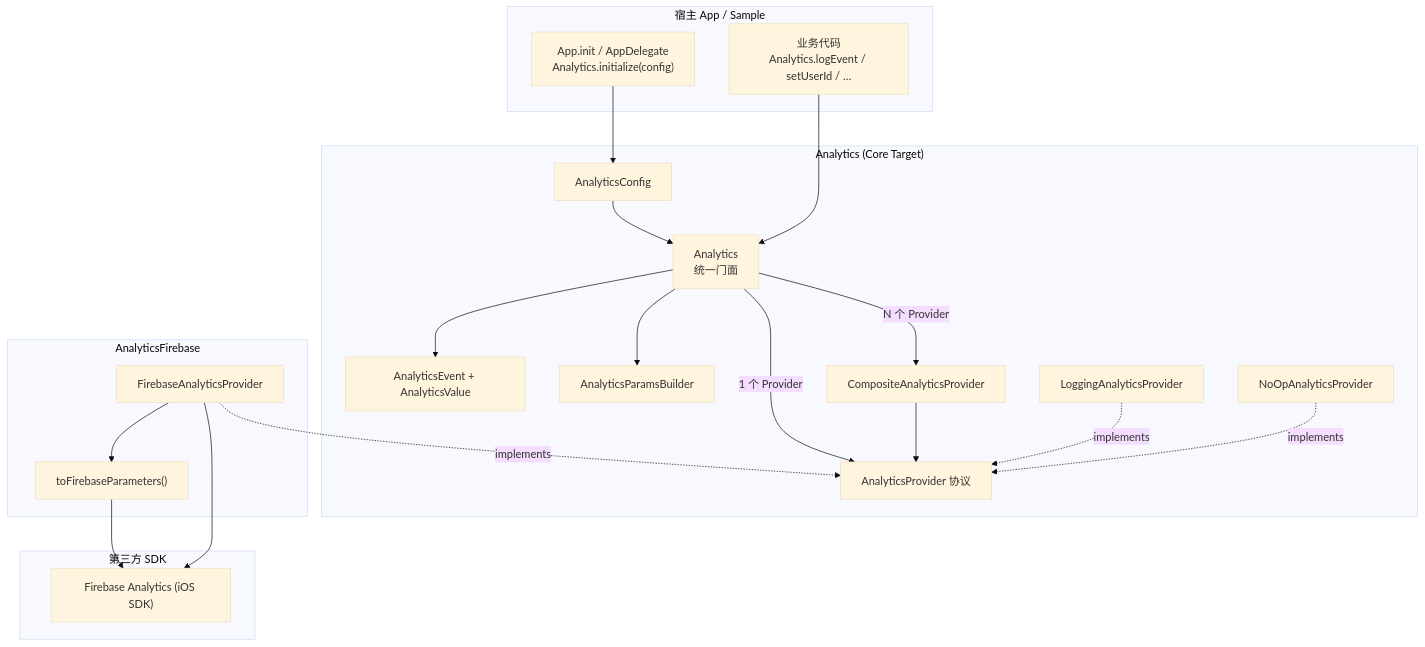
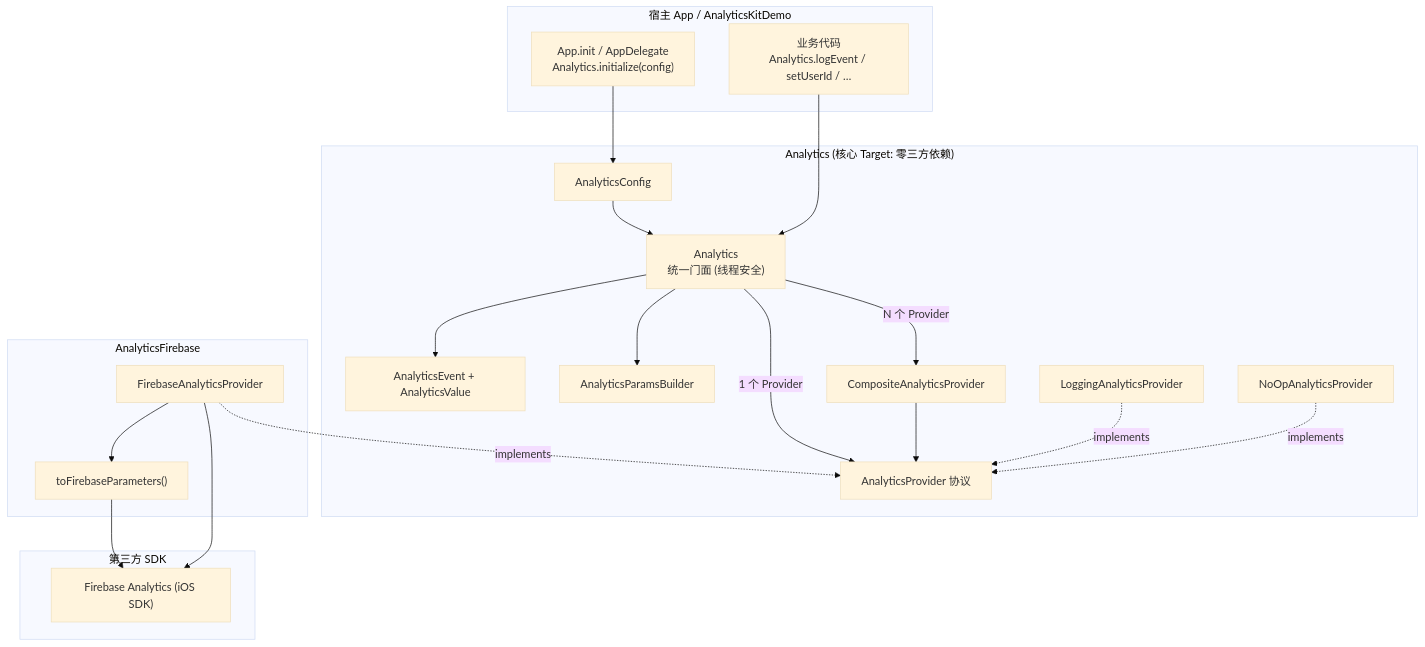
The first of 2 diagrams in README.md (e-hai/AnalyticsKit-iOS), drawn with Mermaid (base theme) before and after one commit. The commit also changed other lines of this file and 1 other file, not shown here.

````diff
--- a/README.md
+++ b/README.md
@@ -7,42 +21,42 @@
 ```mermaid
 flowchart TB
-    subgraph App["宿主 App / Sample"]
+    subgraph App["宿主 App / AnalyticsKitDemo"]
         AppCode["业务代码<br/>Analytics.logEvent / setUserId / …"]
         Init["App.init / AppDelegate<br/>Analytics.initialize(config)"]
     end
 
-    subgraph Core["Analytics (Core Target)"]
-        Facade["Analytics<br/>统一门面"]
+    subgraph Core["Analytics (核心 Target: 零三方依赖)"]
+        Facade["Analytics<br/>统一门面 (线程安全)"]
         Config["AnalyticsConfig"]
         Event["AnalyticsEvent + AnalyticsValue"]
         DSL["AnalyticsParamsBuilder"]
         SPI["AnalyticsProvider 协议"]
         Composite["CompositeAnalyticsProvider"]
         Logging["LoggingAnalyticsProvider"]
         NoOp["NoOpAnalyticsProvider"]
     end
 
     subgraph FirebaseMod["AnalyticsFirebase"]
         FbProvider["FirebaseAnalyticsProvider"]
         ParamsMap["toFirebaseParameters()"]
     end
 
     subgraph Vendor["第三方 SDK"]
         FA["Firebase Analytics (iOS SDK)"]
     end
 
     Init --> Config
     Config --> Facade
     AppCode --> Facade
     Facade --> Event
     Facade --> DSL
     Facade -->|"1 个 Provider"| SPI
     Facade -->|"N 个 Provider"| Composite
     Composite --> SPI
     Logging -.->|implements| SPI
     NoOp -.->|implements| SPI
     FbProvider -.->|implements| SPI
     FbProvider --> ParamsMap
     ParamsMap --> FA
     FbProvider --> FA
 ```
````
